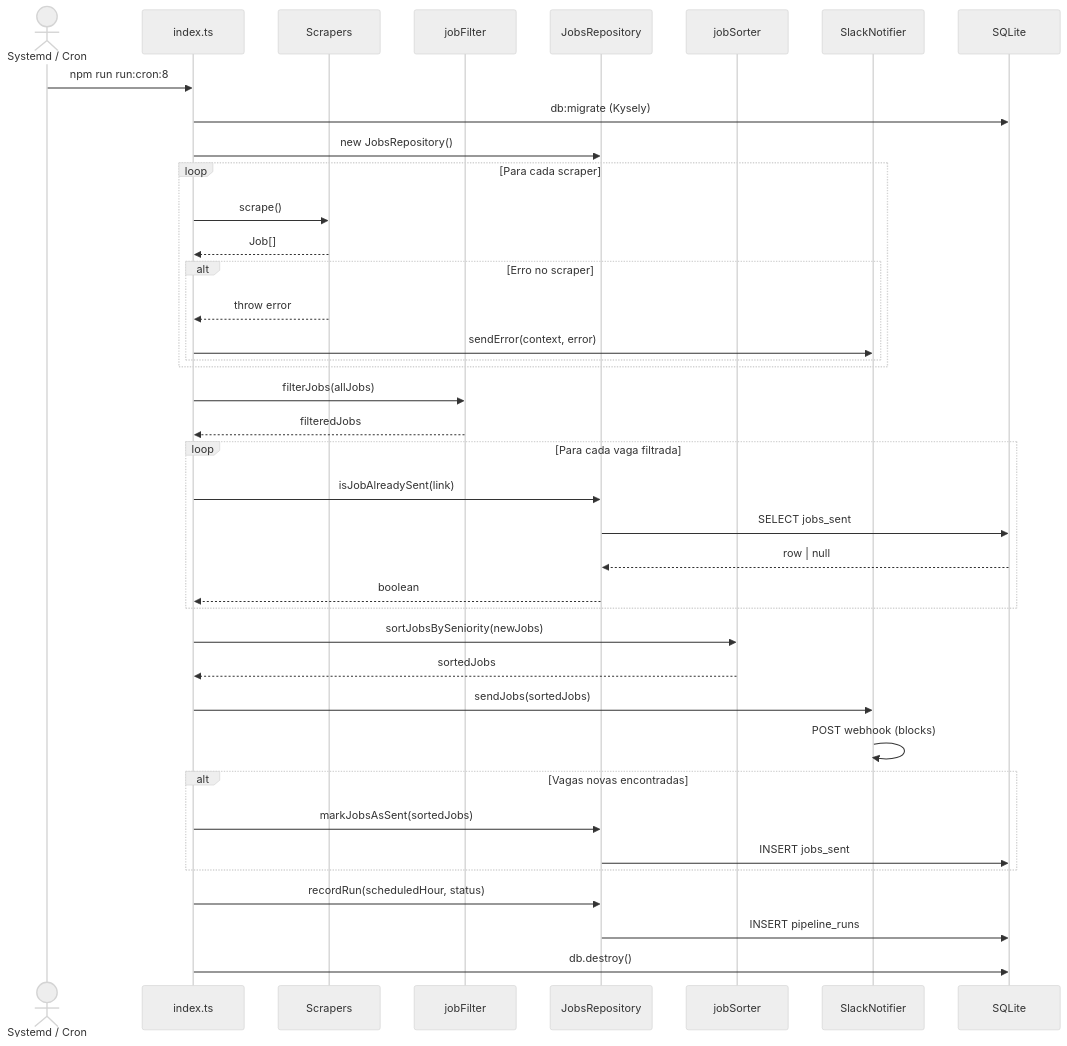
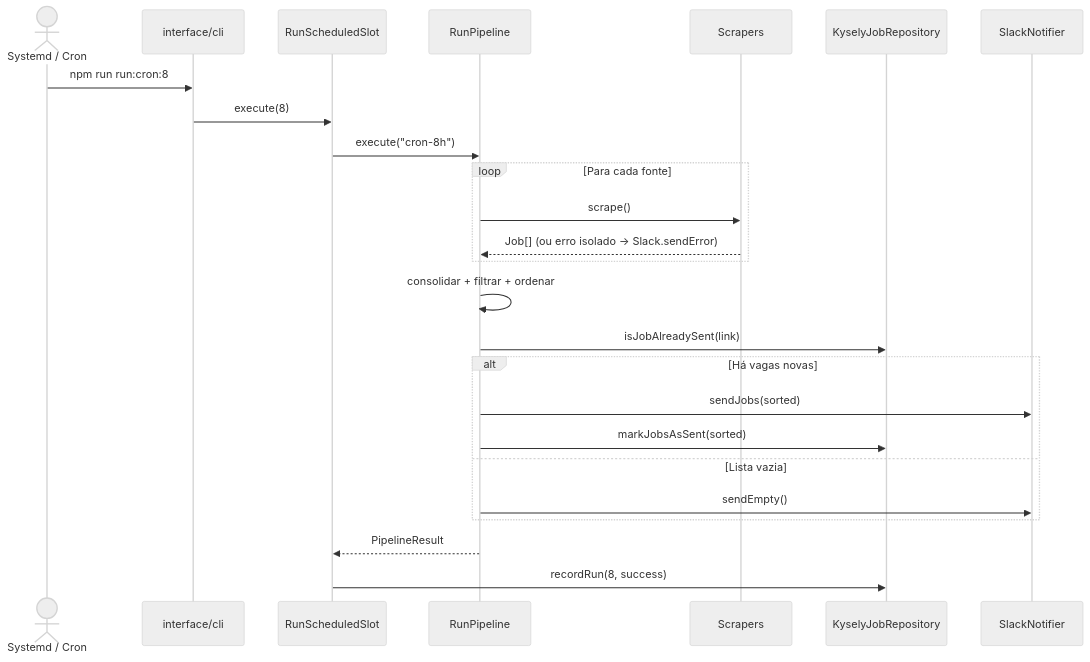
Before and after one commit to jonatasbueno/web-crawler-para-buscar-vagas-de-dev: the second of 2 diagrams in README.md, drawn with Mermaid (neutral theme). The commit also changed other lines of this file and 83 other files, not shown here.

````diff
--- a/README.md
+++ b/README.md
@@ -117,49 +113,31 @@
 ```mermaid
 sequenceDiagram
     actor Scheduler as Systemd / Cron
-    participant CLI as index.ts
-    participant Scrapers as Scrapers
-    participant Filter as jobFilter
-    participant Repo as JobsRepository
-    participant Sorter as jobSorter
+    participant CLI as interface/cli
+    participant UC as RunScheduledSlot
+    participant Pipe as RunPipeline
+    participant Sources as Scrapers
+    participant Repo as KyselyJobRepository
     participant Slack as SlackNotifier
-    participant DB as SQLite
 
     Scheduler->>CLI: npm run run:cron:8
-    CLI->>DB: db:migrate (Kysely)
-    CLI->>Repo: new JobsRepository()
+    CLI->>UC: execute(8)
+    UC->>Pipe: execute("cron-8h")
 
-    loop Para cada scraper
-        CLI->>Scrapers: scrape()
-        Scrapers-->>CLI: Job[]
-        alt Erro no scraper
-            Scrapers-->>CLI: throw error
-            CLI->>Slack: sendError(context, error)
-        end
+    loop Para cada fonte
+        Pipe->>Sources: scrape()
+        Sources-->>Pipe: Job[] (ou erro isolado → Slack.sendError)
     end
 
-    CLI->>Filter: filterJobs(allJobs)
-    Filter-->>CLI: filteredJobs
+    Pipe->>Pipe: consolidar + filtrar + ordenar
+    Pipe->>Repo: isJobAlreadySent(link)
+    alt Há vagas novas
+        Pipe->>Slack: sendJobs(sorted)
+        Pipe->>Repo: markJobsAsSent(sorted)
+    else Lista vazia
+        Pipe->>Slack: sendEmpty()
+    end
+    Pipe-->>UC: PipelineResult
 
-    loop Para cada vaga filtrada
-        CLI->>Repo: isJobAlreadySent(link)
-        Repo->>DB: SELECT jobs_sent
-        DB-->>Repo: row | null
-        Repo-->>CLI: boolean
-    end
-
-    CLI->>Sorter: sortJobsBySeniority(newJobs)
-    Sorter-->>CLI: sortedJobs
-
-    CLI->>Slack: sendJobs(sortedJobs)
-    Slack->>Slack: POST webhook (blocks)
-
-    alt Vagas novas encontradas
-        CLI->>Repo: markJobsAsSent(sortedJobs)
-        Repo->>DB: INSERT jobs_sent
-    end
-
-    CLI->>Repo: recordRun(scheduledHour, status)
-    Repo->>DB: INSERT pipeline_runs
-    CLI->>DB: db.destroy()
+    UC->>Repo: recordRun(8, success)
 ```
````
